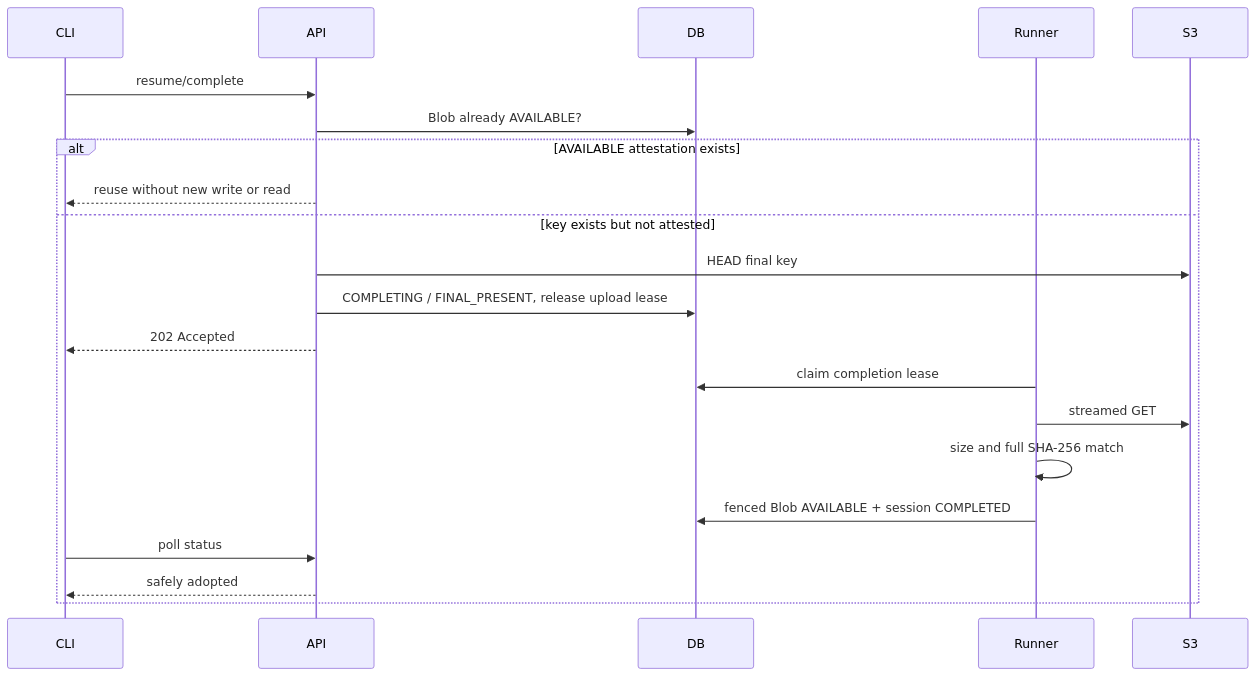
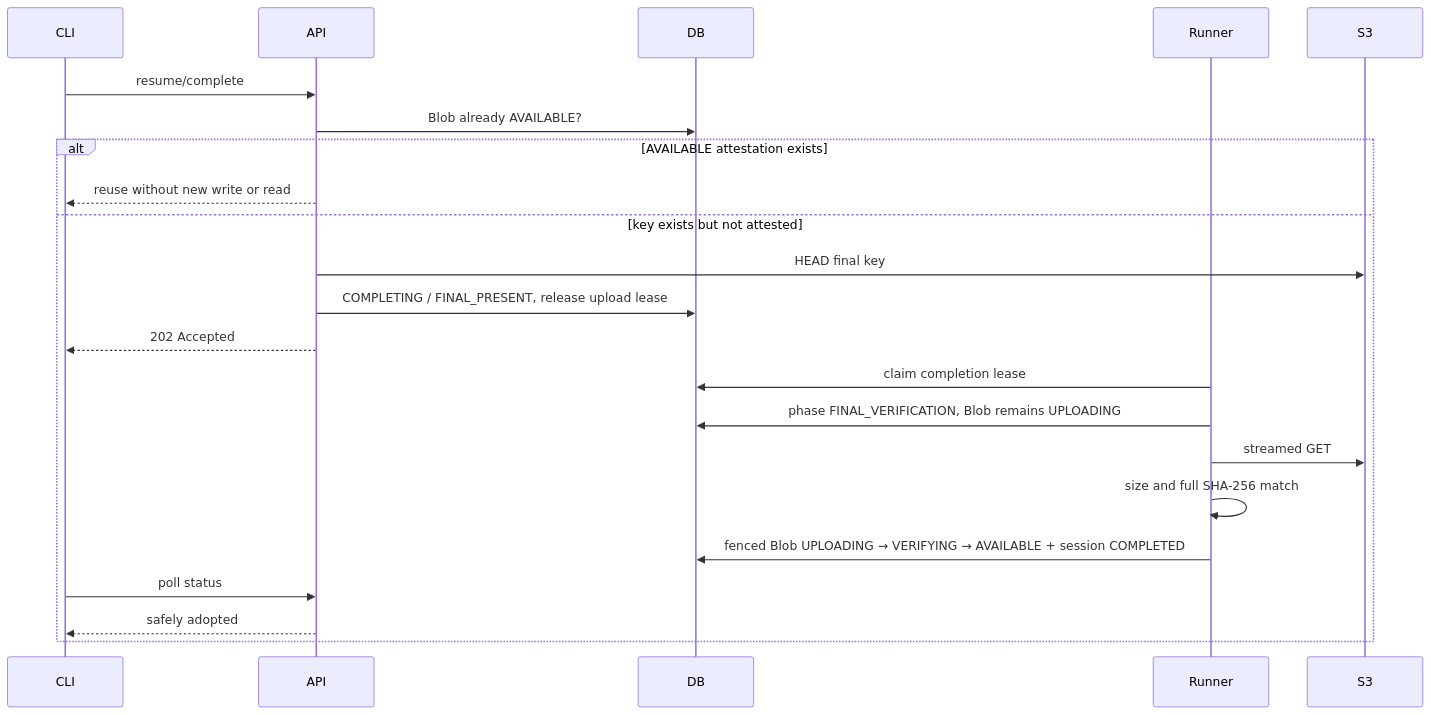
The ninth of 10 diagrams in docs/M2_MULTIPART_ARCHITECTURE.md (zbnerd/RoboLake), drawn with Mermaid before and after one commit. The commit also changed other lines of this file and 14 other files, not shown here.

````diff
--- a/docs/M2_MULTIPART_ARCHITECTURE.md
+++ b/docs/M2_MULTIPART_ARCHITECTURE.md
@@ -505,23 +554,24 @@
 ```mermaid
 sequenceDiagram
     participant CLI
     participant API
     participant DB
     participant Runner
     participant S3
     CLI->>API: resume/complete
     API->>DB: Blob already AVAILABLE?
     alt AVAILABLE attestation exists
         API-->>CLI: reuse without new write or read
     else key exists but not attested
         API->>S3: HEAD final key
         API->>DB: COMPLETING / FINAL_PRESENT, release upload lease
         API-->>CLI: 202 Accepted
         Runner->>DB: claim completion lease
+        Runner->>DB: phase FINAL_VERIFICATION, Blob remains UPLOADING
         Runner->>S3: streamed GET
         Runner->>Runner: size and full SHA-256 match
-        Runner->>DB: fenced Blob AVAILABLE + session COMPLETED
+        Runner->>DB: fenced Blob UPLOADING → VERIFYING → AVAILABLE + session COMPLETED
         CLI->>API: poll status
         API-->>CLI: safely adopted
     end
 ```
````
